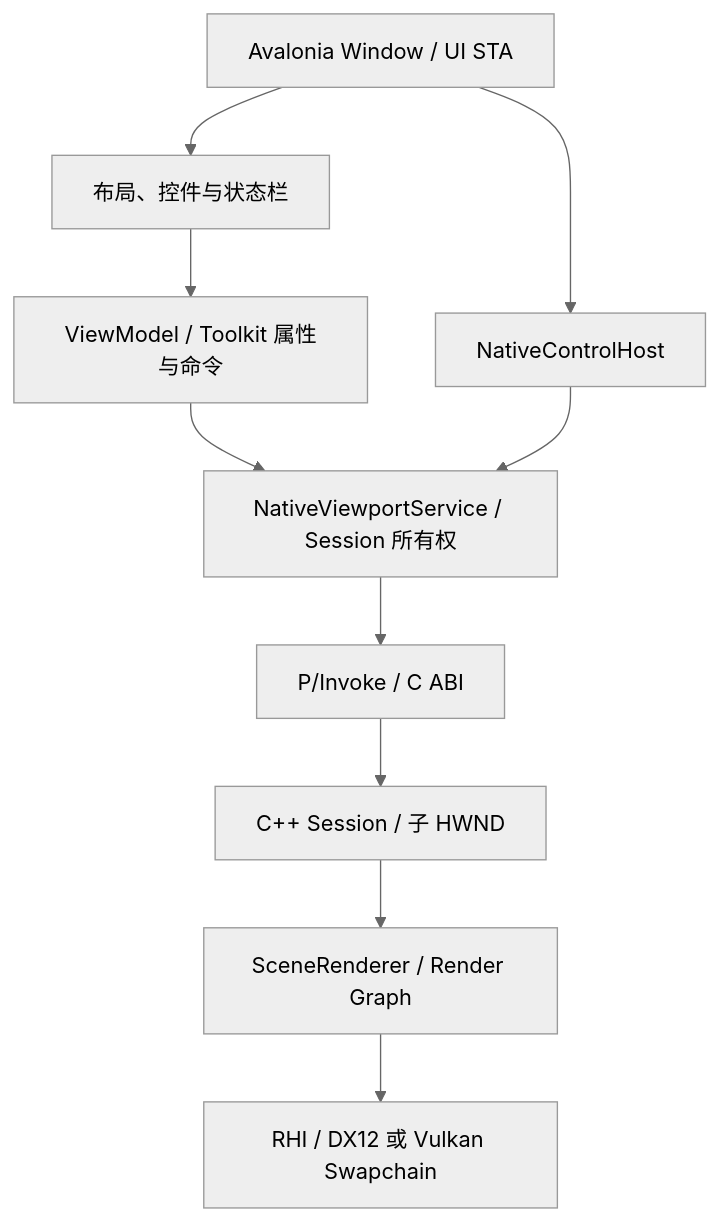
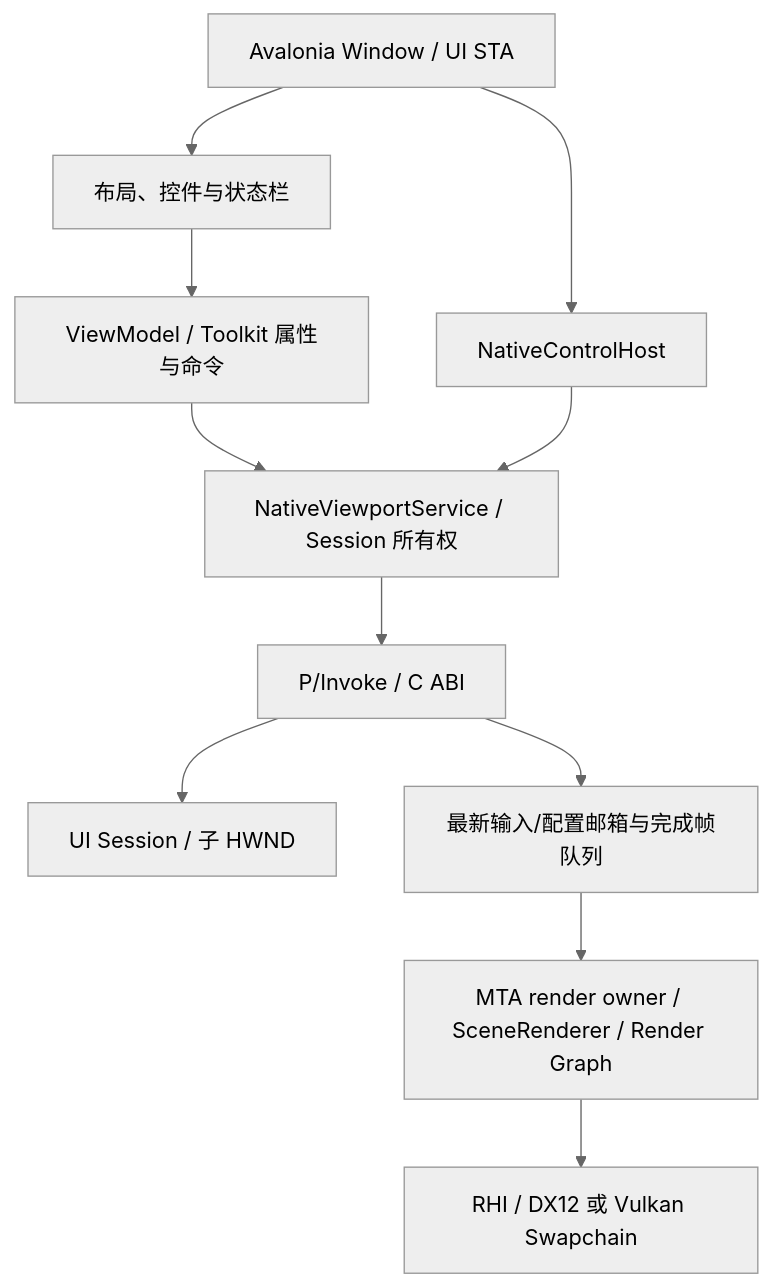
Before and after one commit to StarryXYJ/RenderLab: the diagram in docs/editor-host.md, drawn with Mermaid (neutral theme). The commit also changed other lines of this file and 27 other files, not shown here.

````diff
--- a/docs/editor-host.md
+++ b/docs/editor-host.md
@@ -32,12 +32,13 @@
 ```mermaid
 flowchart TD
     Window["Avalonia Window / UI STA"] --> Panels["布局、控件与状态栏"]
     Window --> Host["NativeControlHost"]
     Panels --> VM["ViewModel / Toolkit 属性与命令"]
     VM --> Service["NativeViewportService / Session 所有权"]
     Host --> Service
     Service --> ABI["P/Invoke / C ABI"]
-    ABI --> Child["C++ Session / 子 HWND"]
-    Child --> Scene["SceneRenderer / Render Graph"]
+    ABI --> Child["UI Session / 子 HWND"]
+    ABI --> Mailbox["最新输入/配置邮箱与完成帧队列"]
+    Mailbox --> Scene["MTA render owner / SceneRenderer / Render Graph"]
     Scene --> RHI["RHI / DX12 或 Vulkan Swapchain"]
 ```
````
